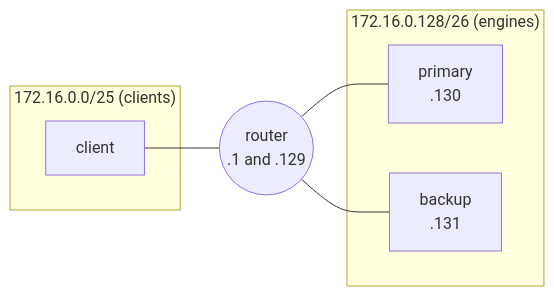
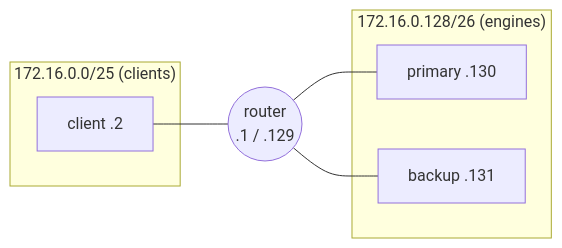
Before and after one commit to jan-lozano-dev/cpp-orderbook: the fourth of 4 diagrams in v2/idea.md, drawn with Mermaid. The commit also changed other lines of this file, not shown here.

````diff
--- a/v2/idea.md
+++ b/v2/idea.md
@@ -167,13 +289,11 @@
 ```mermaid
 flowchart LR
     subgraph NET1["172.16.0.0/25 (clients)"]
-        CL["client"]
+        CL["client .2"]
     end
     subgraph NET2["172.16.0.128/26 (engines)"]
-        PR["primary<br/>.130"]
-        BK["backup<br/>.131"]
+        PR["primary .130"]
+        BK["backup .131"]
     end
-    CL --- R(("router<br/>.1 and .129"))
-    R --- PR
-    R --- BK
+    CL --- R(("router<br/>.1 / .129")) --- PR & BK
 ```
````
